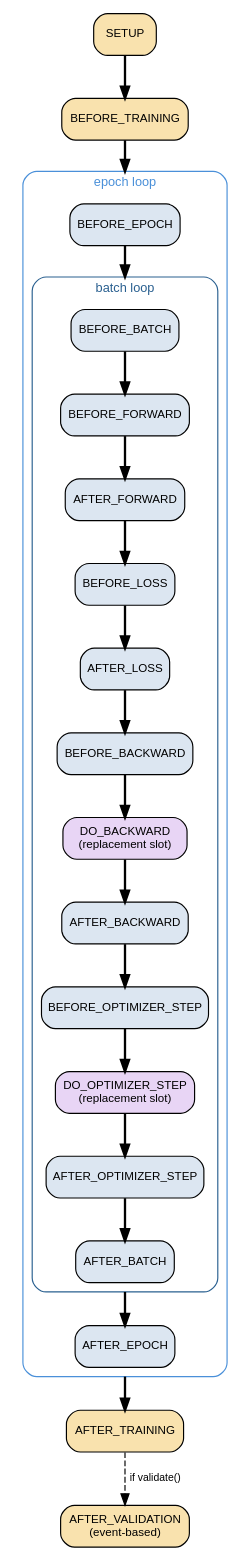
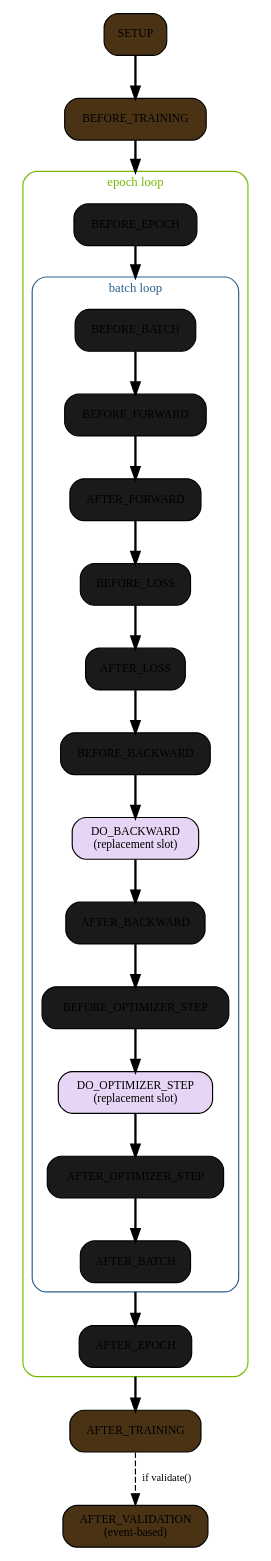
One commit to NVIDIA/nvalchemi-toolkit changed the diagram in docs/modules/training/hooks.rst. Above: the diagram before and after it, drawn with Graphviz. The commit also changed 11 other files, not shown here.

Commit message:
docs: stabilize rendered diagrams

```diff
--- a/docs/modules/training/hooks.rst
+++ b/docs/modules/training/hooks.rst
@@ -60,63 +60,60 @@
 .. graphviz::
    :caption: TrainingStage hook firing points across a training run.
 
    digraph training_stages {
        rankdir=TB
        compound=true
-       fontname="Helvetica"
-       node [fontname="Helvetica" fontsize=10 shape=box style="rounded,filled" fillcolor="#dce6f1"]
-       edge [fontname="Helvetica" fontsize=9 style=bold]
+       node [fontsize=10 shape=box style="rounded,filled" fillcolor="#1a1a1a"]
+       edge [fontsize=9 style=bold]
 
-       SETUP            [fillcolor="#f9e2ae"]
-       BEFORE_TRAINING  [fillcolor="#f9e2ae"]
-       AFTER_TRAINING   [fillcolor="#f9e2ae"]
-       AFTER_VALIDATION [fillcolor="#f9e2ae" label="AFTER_VALIDATION\n(event-based)"]
+       SETUP            [fillcolor="#4a3315"]
+       BEFORE_TRAINING  [fillcolor="#4a3315"]
+       AFTER_TRAINING   [fillcolor="#4a3315"]
+       AFTER_VALIDATION [fillcolor="#4a3315" label="AFTER_VALIDATION\n(event-based)"]
 
        subgraph cluster_epoch {
            label="epoch loop"
            style=rounded
-           color="#4a90d9"
-           fontcolor="#4a90d9"
-           fontname="Helvetica"
+           color="#76b900"
+           fontcolor="#76b900"
            fontsize=11
 
            BEFORE_EPOCH
            AFTER_EPOCH
 
            subgraph cluster_batch {
                label="batch loop"
                style=rounded
                color="#2a6090"
                fontcolor="#2a6090"
-               fontname="Helvetica"
                fontsize=11
 
                BEFORE_BATCH
                BEFORE_FORWARD
                AFTER_FORWARD
                BEFORE_LOSS
                AFTER_LOSS
                BEFORE_BACKWARD
                DO_BACKWARD        [label="DO_BACKWARD\n(replacement slot)" fillcolor="#e8d5f5"]
                AFTER_BACKWARD
                BEFORE_OPTIMIZER_STEP
                DO_OPTIMIZER_STEP  [label="DO_OPTIMIZER_STEP\n(replacement slot)" fillcolor="#e8d5f5"]
                AFTER_OPTIMIZER_STEP
                AFTER_BATCH
 
                BEFORE_BATCH -> BEFORE_FORWARD -> AFTER_FORWARD
                AFTER_FORWARD -> BEFORE_LOSS -> AFTER_LOSS
                AFTER_LOSS -> BEFORE_BACKWARD -> DO_BACKWARD -> AFTER_BACKWARD
                AFTER_BACKWARD -> BEFORE_OPTIMIZER_STEP -> DO_OPTIMIZER_STEP -> AFTER_OPTIMIZER_STEP
                AFTER_OPTIMIZER_STEP -> AFTER_BATCH
            }
 
            BEFORE_EPOCH -> BEFORE_BATCH [lhead=cluster_batch]
            AFTER_BATCH -> AFTER_EPOCH [ltail=cluster_batch]
        }
 
        SETUP -> BEFORE_TRAINING
        BEFORE_TRAINING -> BEFORE_EPOCH [lhead=cluster_epoch]
        AFTER_EPOCH -> AFTER_TRAINING [ltail=cluster_epoch]
        AFTER_TRAINING -> AFTER_VALIDATION [style=dashed label="if validate()"]
    }
```
